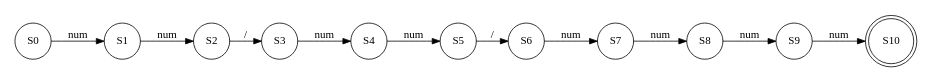
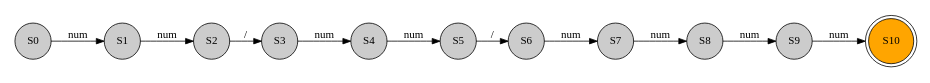
Before and after one commit to Desconocido502/OLC1-proyecto1-201902502: the diagram in src/AFD_201902502/fecha.dot, drawn with Graphviz. The commit also changed 48 other files, not shown here.

```diff
--- a/src/AFD_201902502/fecha.dot
+++ b/src/AFD_201902502/fecha.dot
@@ -1,16 +1,17 @@
 digraph finite_state_machine {
 rankdir=LR;
 size="8,5"
-node [shape = doublecircle];S10;
-node [shape = circle];
+S10[shape = doublecircle, style = filled, fillcolor = "#FFA500"];
+
+node [shape = circle, style = filled, fillcolor = "#CCCCCC"];
 S0->S1[ label ="num"];
 S1->S2[ label ="num"];
 S2->S3[ label ="/"];
 S3->S4[ label ="num"];
 S4->S5[ label ="num"];
 S5->S6[ label ="/"];
 S6->S7[ label ="num"];
 S7->S8[ label ="num"];
 S8->S9[ label ="num"];
 S9->S10[ label ="num"];
 }
```
